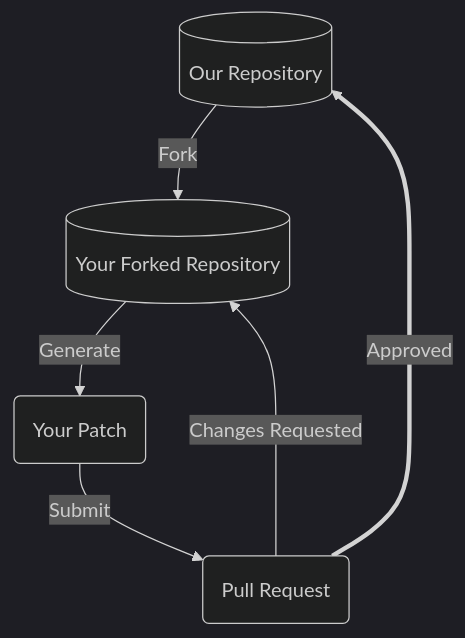
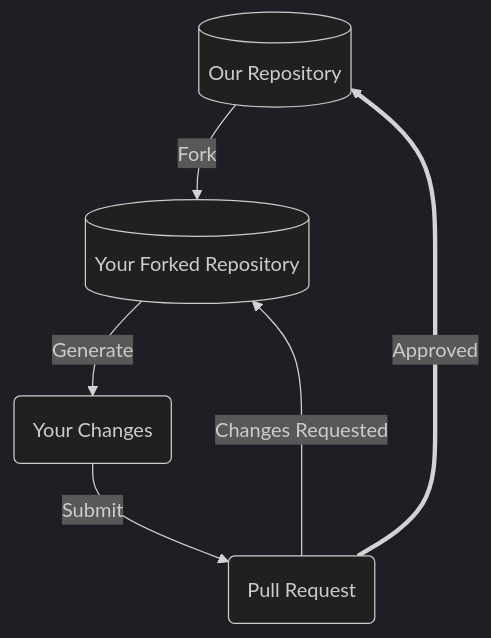
Before and after one commit to NASA-AMMOS/slim: the diagram in documentation/starter-kits/CONTRIBUTING/CONTRIBUTING.md, drawn with Mermaid (dark theme). The commit also changed other lines of this file and 1 other file, not shown here.

````diff
--- a/documentation/starter-kits/CONTRIBUTING/CONTRIBUTING.md
+++ b/documentation/starter-kits/CONTRIBUTING/CONTRIBUTING.md
@@ -44,8 +44,8 @@
 ```mermaid
 flowchart TD
     repo_proj[(Our Repository)]-->|Fork|repo_fork[(Your Forked Repository)]
-    repo_fork-->|Generate|patch(Your Patch)
+    repo_fork-->|Generate|patch(Your Changes)
     patch-->|Submit|pr(Pull Request)
     pr==>|Approved|repo_proj
     pr-->|Changes Requested|repo_fork
 ```
````
